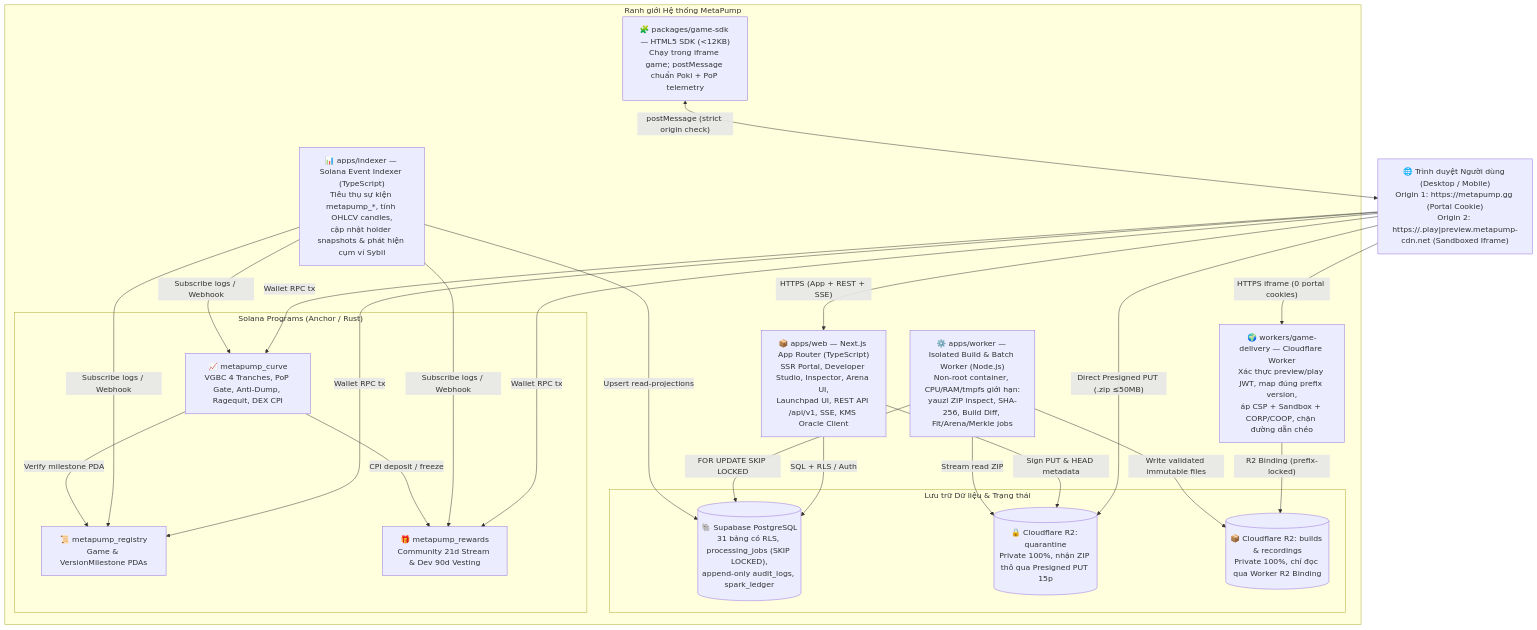
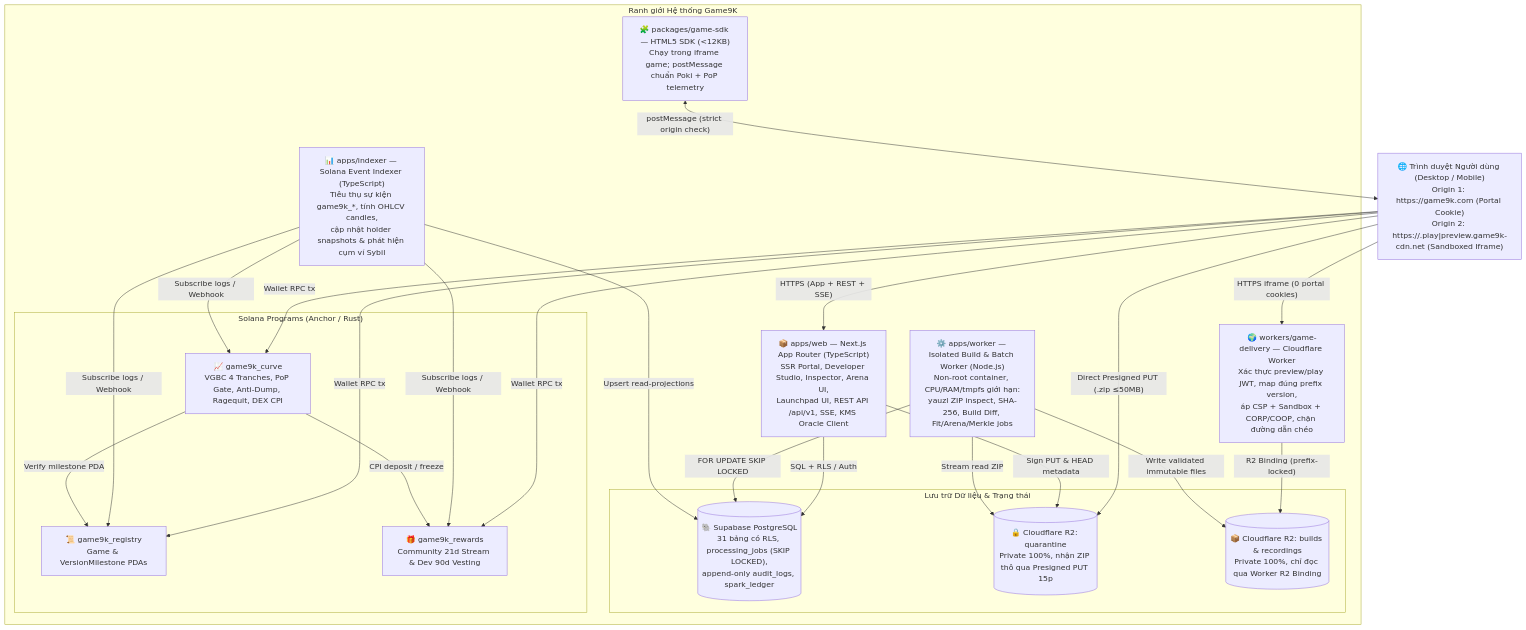
Before and after one commit to khanhlegood1/GameFun: the second of 4 diagrams in docs/05-c4-architecture-and-nfr.md, drawn with Mermaid. The commit also changed other lines of this file and 21 other files, not shown here.

First line of the commit message:
refactor(brand): rename the project to Game9K Funding Portal (game9k.com)

````diff
--- a/docs/05-c4-architecture-and-nfr.md
+++ b/docs/05-c4-architecture-and-nfr.md
@@ -53,45 +53,45 @@
 ```mermaid
 flowchart TB
-    Browser["🌐 Trình duyệt Người dùng (Desktop / Mobile)<br/>Origin 1: https://metapump.gg (Portal Cookie)<br/>Origin 2: https://<vid>.play|preview.metapump-cdn.net (Sandboxed Iframe)"]
+    Browser["🌐 Trình duyệt Người dùng (Desktop / Mobile)<br/>Origin 1: https://game9k.com (Portal Cookie)<br/>Origin 2: https://<vid>.play|preview.game9k-cdn.net (Sandboxed Iframe)"]
 
-    subgraph PortalBoundary["Ranh giới Hệ thống MetaPump"]
+    subgraph PortalBoundary["Ranh giới Hệ thống Game9K"]
         Web["📦 apps/web — Next.js App Router (TypeScript)<br/>SSR Portal, Developer Studio, Inspector, Arena UI,<br/>Launchpad UI, REST API /api/v1, SSE, KMS Oracle Client"]
         Worker["⚙️ apps/worker — Isolated Build & Batch Worker (Node.js)<br/>Non-root container, CPU/RAM/tmpfs giới hạn:<br/>yauzl ZIP inspect, SHA-256, Build Diff, Fit/Arena/Merkle jobs"]
-        Indexer["📊 apps/indexer — Solana Event Indexer (TypeScript)<br/>Tiêu thụ sự kiện metapump_*, tính OHLCV candles,<br/>cập nhật holder snapshots & phát hiện cụm ví Sybil"]
+        Indexer["📊 apps/indexer — Solana Event Indexer (TypeScript)<br/>Tiêu thụ sự kiện game9k_*, tính OHLCV candles,<br/>cập nhật holder snapshots & phát hiện cụm ví Sybil"]
         EdgeW["🌍 workers/game-delivery — Cloudflare Worker<br/>Xác thực preview/play JWT, map đúng prefix version,<br/>áp CSP + Sandbox + CORP/COOP, chặn đường dẫn chéo"]
         SDK["🧩 packages/game-sdk — HTML5 SDK (<12KB)<br/>Chạy trong iframe game; postMessage chuẩn Poki + PoP telemetry"]
 
         subgraph DataLayer["Lưu trữ Dữ liệu & Trạng thái"]
             PG[("🐘 Supabase PostgreSQL<br/>31 bảng có RLS, processing_jobs (SKIP LOCKED),<br/>append-only audit_logs, spark_ledger")]
             R2Q[("🔒 Cloudflare R2: quarantine<br/>Private 100%, nhận ZIP thô qua Presigned PUT 15p")]
             R2B[("📦 Cloudflare R2: builds & recordings<br/>Private 100%, chỉ đọc qua Worker R2 Binding")]
         end
 
         subgraph OnChain["Solana Programs (Anchor / Rust)"]
-            ProgReg["📜 metapump_registry<br/>Game & VersionMilestone PDAs"]
-            ProgCurve["📈 metapump_curve<br/>VGBC 4 Tranches, PoP Gate, Anti-Dump, Ragequit, DEX CPI"]
-            ProgRew["🎁 metapump_rewards<br/>Community 21d Stream & Dev 90d Vesting"]
+            ProgReg["📜 game9k_registry<br/>Game & VersionMilestone PDAs"]
+            ProgCurve["📈 game9k_curve<br/>VGBC 4 Tranches, PoP Gate, Anti-Dump, Ragequit, DEX CPI"]
+            ProgRew["🎁 game9k_rewards<br/>Community 21d Stream & Dev 90d Vesting"]
         end
     end
 
     Browser -->|"HTTPS (App + REST + SSE)"| Web
     Browser -->|"Direct Presigned PUT (.zip ≤50MB)"| R2Q
     Browser -->|"HTTPS iframe (0 portal cookies)"| EdgeW
     SDK <-->|"postMessage (strict origin check)"| Browser
     Browser -->|"Wallet RPC tx"| ProgReg
     Browser -->|"Wallet RPC tx"| ProgCurve
     Browser -->|"Wallet RPC tx"| ProgRew
 
     EdgeW -->|"R2 Binding (prefix-locked)"| R2B
     Web -->|"SQL + RLS / Auth"| PG
     Web -->|"Sign PUT & HEAD metadata"| R2Q
     Worker -->|"FOR UPDATE SKIP LOCKED"| PG
     Worker -->|"Stream read ZIP"| R2Q
     Worker -->|"Write validated immutable files"| R2B
     Indexer -->|"Subscribe logs / Webhook"| ProgCurve
     Indexer -->|"Subscribe logs / Webhook"| ProgReg
     Indexer -->|"Subscribe logs / Webhook"| ProgRew
     Indexer -->|"Upsert read-projections"| PG
     ProgCurve -->|"Verify milestone PDA"| ProgReg
     ProgCurve -->|"CPI deposit / freeze"| ProgRew
 ```
````
